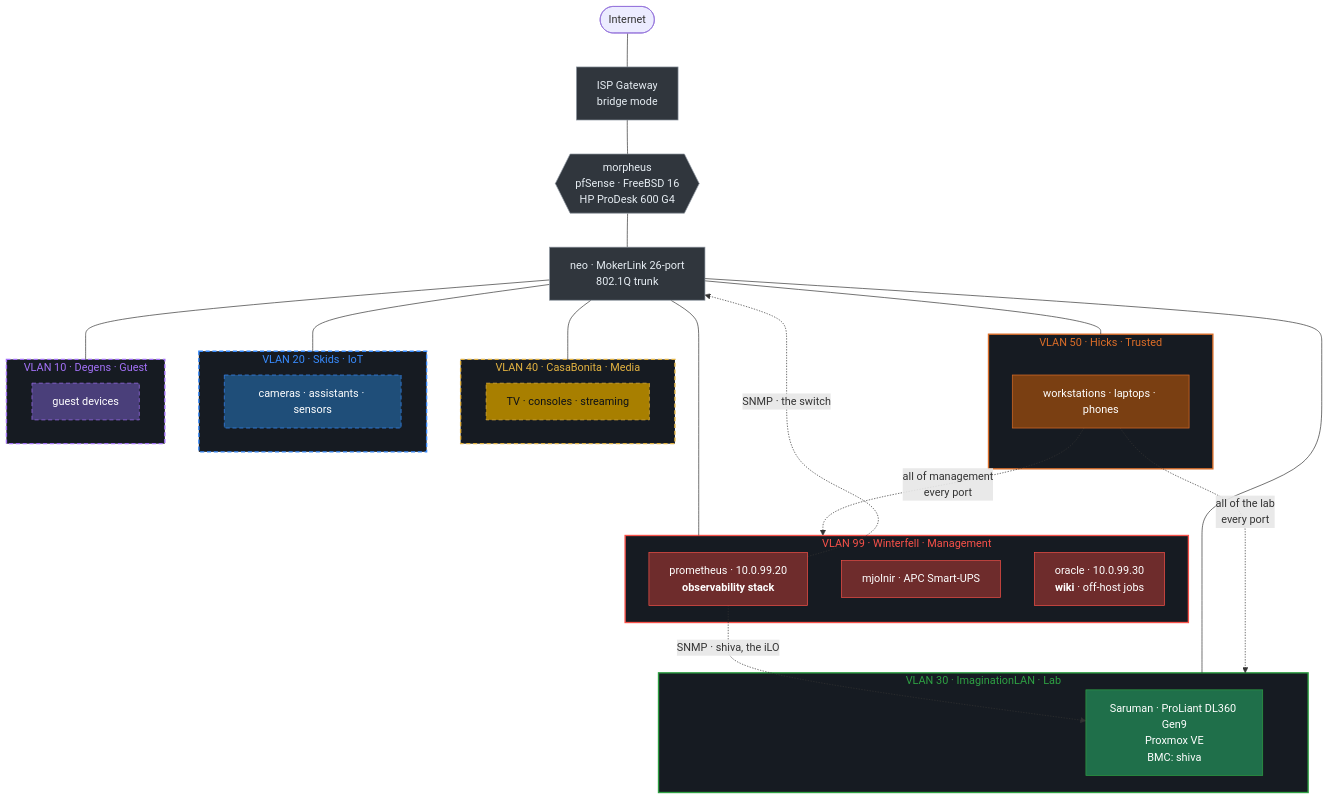
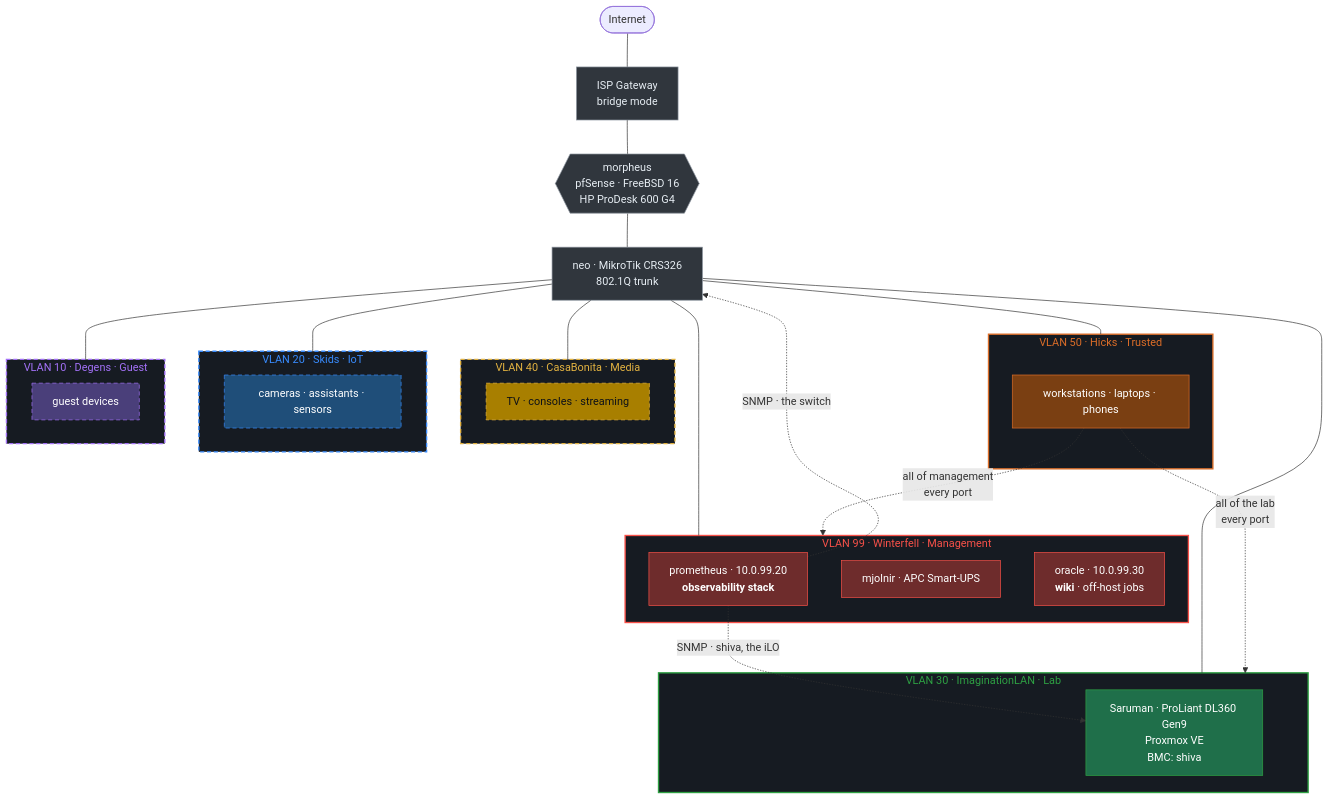
Before and after one commit to Gerrrt/HomeLab: the first of 2 diagrams in docs/architecture.md, drawn with Mermaid. The commit also changed 20 other files, not shown here.

First line of the commit message:
feat(switch): describe neo as the CRS326, on SNMPv3, for after the swap (#444, #84)

````diff
--- a/docs/architecture.md
+++ b/docs/architecture.md
@@ -11,78 +11,78 @@
 ```mermaid
 graph TB
     INET([Internet])
     GW[ISP Gateway<br/>bridge mode]
     FW{{"morpheus<br/>pfSense · FreeBSD 16<br/>HP ProDesk 600 G4"}}
-    SW[neo · MokerLink 26-port<br/>802.1Q trunk]
+    SW[neo · MikroTik CRS326<br/>802.1Q trunk]
 
     INET --- GW --- FW --- SW
 
     subgraph V99["VLAN 99 · Winterfell · Management"]
         MON["prometheus · 10.0.99.20<br/><b>observability stack</b>"]
         UPS["mjolnir · APC Smart-UPS"]
         WIKI["oracle · 10.0.99.30<br/><b>wiki</b> · off-host jobs"]
     end
 
     subgraph V50["VLAN 50 · Hicks · Trusted"]
         WS["workstations · laptops · phones"]
     end
 
     subgraph V40["VLAN 40 · CasaBonita · Media"]
         TV["TV · consoles · streaming"]
     end
 
     subgraph V30["VLAN 30 · ImaginationLAN · Lab"]
         HV["Saruman · ProLiant DL360 Gen9<br/>Proxmox VE<br/>BMC: shiva"]
     end
 
     subgraph V20["VLAN 20 · Skids · IoT"]
         IOT["cameras · assistants · sensors"]
     end
 
     subgraph V10["VLAN 10 · Degens · Guest"]
         GUEST["guest devices"]
     end
 
     SW --- V99
     SW --- V50
     SW --- V40
     SW --- V30
     SW --- V20
     SW --- V10
 
     WS -.->|"all of management<br/>every port"| V99
     WS -.->|"all of the lab<br/>every port"| V30
     MON -.->|"SNMP · shiva, the iLO"| HV
     MON -.->|"SNMP · the switch"| SW
 
     %% Fill is the patch-cable colour in the rack — see network.md, ADR-0009.
     %% A dashed border marks a terminal segment: traffic goes out, nothing
     %% comes back in. Grey is not a segment; it carries every VLAN.
     %% stroke-dasharray must be last on its line and space-separated — a comma
     %% is the property delimiter and would truncate the value.
     classDef vlan99 fill:#6e2c2c,stroke:#f85149,color:#fff
     classDef vlan50 fill:#7a3f12,stroke:#db6d28,color:#fff
     classDef vlan30 fill:#1f6f4a,stroke:#2ea043,color:#fff
     classDef infra  fill:#30363d,stroke:#8b949e,color:#e6edf3
     classDef vlan40 fill:#a87f00,stroke:#e3b341,color:#0d1117,stroke-dasharray: 6 4
     classDef vlan20 fill:#1f4e79,stroke:#388bfd,color:#fff,stroke-dasharray: 6 4
     classDef vlan10 fill:#4a3f7a,stroke:#a371f7,color:#fff,stroke-dasharray: 6 4
 
     class MON,UPS,WIKI vlan99
     class WS vlan50
     class HV vlan30
     class TV vlan40
     class IOT vlan20
     class GUEST vlan10
     class GW,FW,SW infra
 
     %% classDef is unreliable on subgraphs (mermaid-js/mermaid#1726), so the
     %% clusters are styled explicitly and the dash is applied to their inner
     %% nodes as well — the cue survives either way.
     style V99 fill:#161b22,stroke:#f85149,stroke-width:2px,color:#f85149
     style V50 fill:#161b22,stroke:#db6d28,stroke-width:2px,color:#db6d28
     style V30 fill:#161b22,stroke:#2ea043,stroke-width:2px,color:#2ea043
     style V40 fill:#161b22,stroke:#e3b341,stroke-width:2px,color:#e3b341,stroke-dasharray: 6 4
     style V20 fill:#161b22,stroke:#388bfd,stroke-width:2px,color:#388bfd,stroke-dasharray: 6 4
     style V10 fill:#161b22,stroke:#a371f7,stroke-width:2px,color:#a371f7,stroke-dasharray: 6 4
 ```
````
